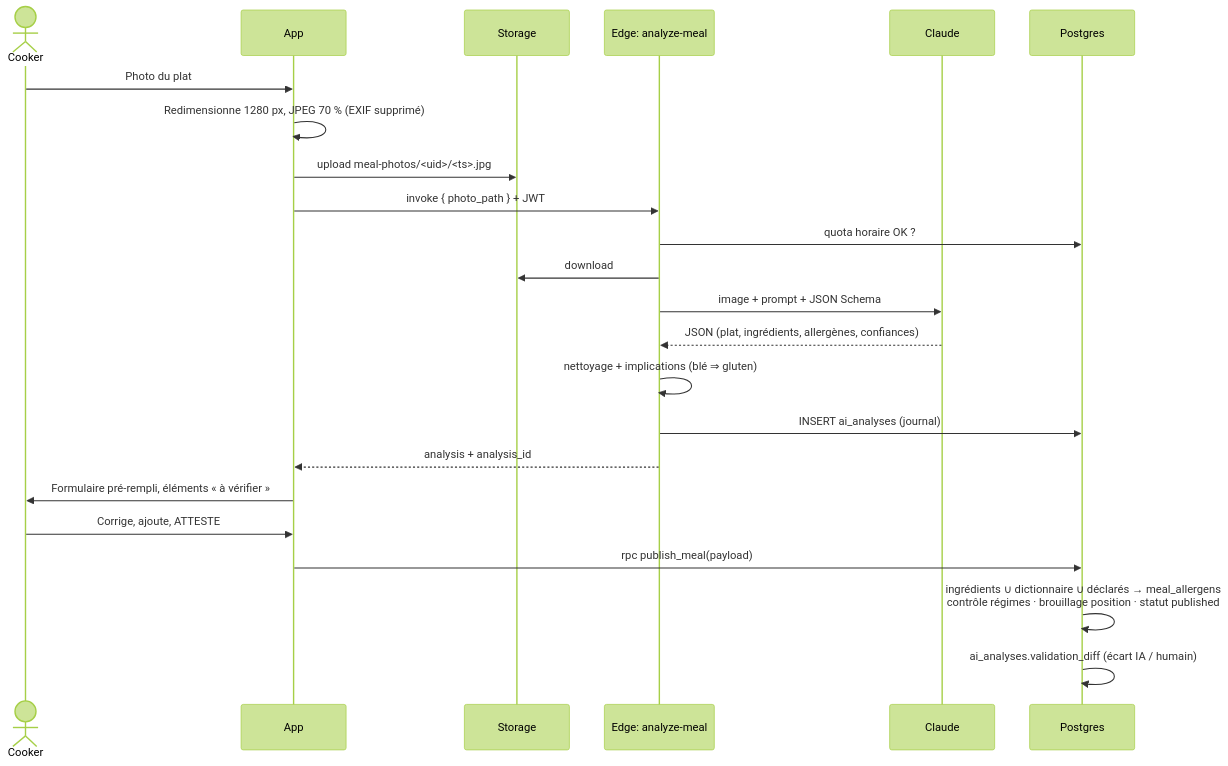
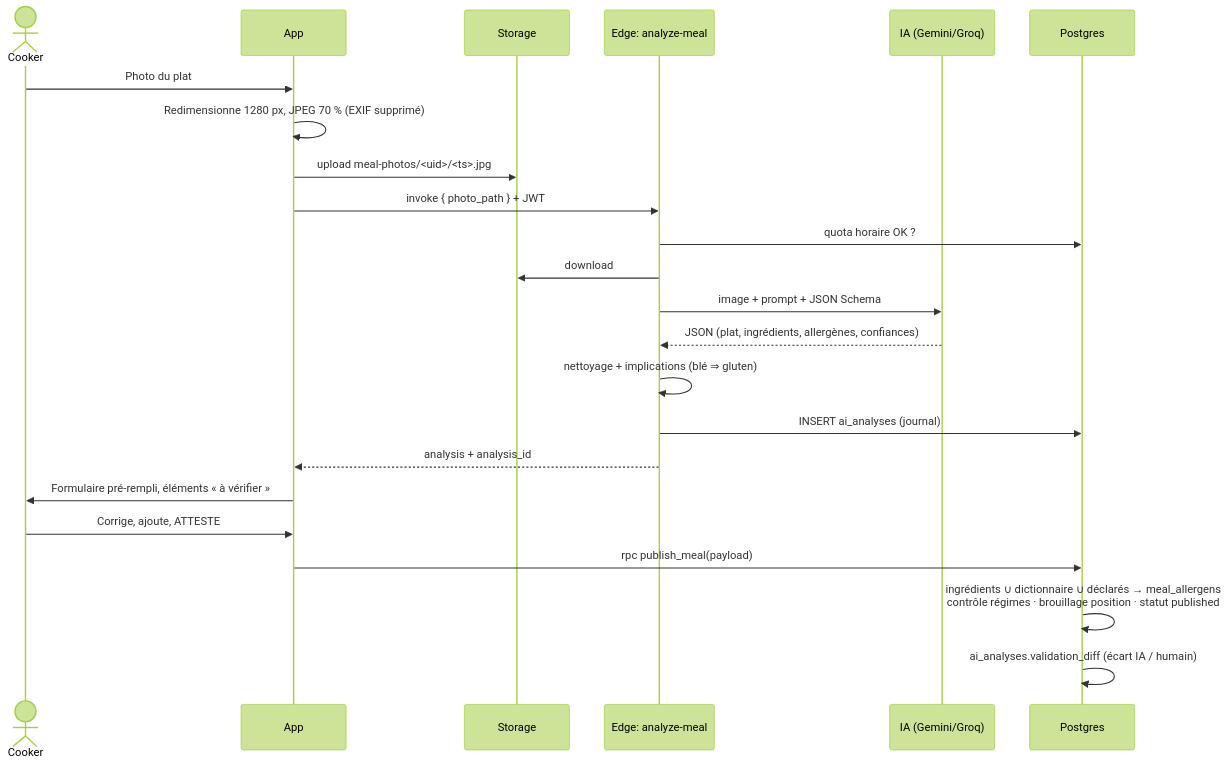
The second of 3 diagrams in docs/01-architecture.md (Themauritian1996/homemade), drawn with Mermaid (forest theme) before and after one commit. The commit also changed other lines of this file and 19 other files, not shown here.

First line of the commit message:
IA 100 % gratuite (Gemini, secours Groq), serveur déployé par GitHub, APK téléchargeable par tous

````diff
--- a/docs/01-architecture.md
+++ b/docs/01-architecture.md
@@ -79,25 +79,25 @@
 ```mermaid
 sequenceDiagram
   actor C as Cooker
   participant App
   participant ST as Storage
   participant AM as Edge: analyze-meal
-  participant AI as Claude
+  participant AI as IA (Gemini/Groq)
   participant DB as Postgres
   C->>App: Photo du plat
   App->>App: Redimensionne 1280 px, JPEG 70 % (EXIF supprimé)
   App->>ST: upload meal-photos/<uid>/<ts>.jpg
   App->>AM: invoke { photo_path } + JWT
   AM->>DB: quota horaire OK ?
   AM->>ST: download
   AM->>AI: image + prompt + JSON Schema
   AI-->>AM: JSON (plat, ingrédients, allergènes, confiances)
   AM->>AM: nettoyage + implications (blé ⇒ gluten)
   AM->>DB: INSERT ai_analyses (journal)
   AM-->>App: analysis + analysis_id
   App->>C: Formulaire pré-rempli, éléments « à vérifier »
   C->>App: Corrige, ajoute, ATTESTE
   App->>DB: rpc publish_meal(payload)
   DB->>DB: ingrédients ∪ dictionnaire ∪ déclarés → meal_allergens<br/>contrôle régimes · brouillage position · statut published
   DB->>DB: ai_analyses.validation_diff (écart IA / humain)
 ```
````
